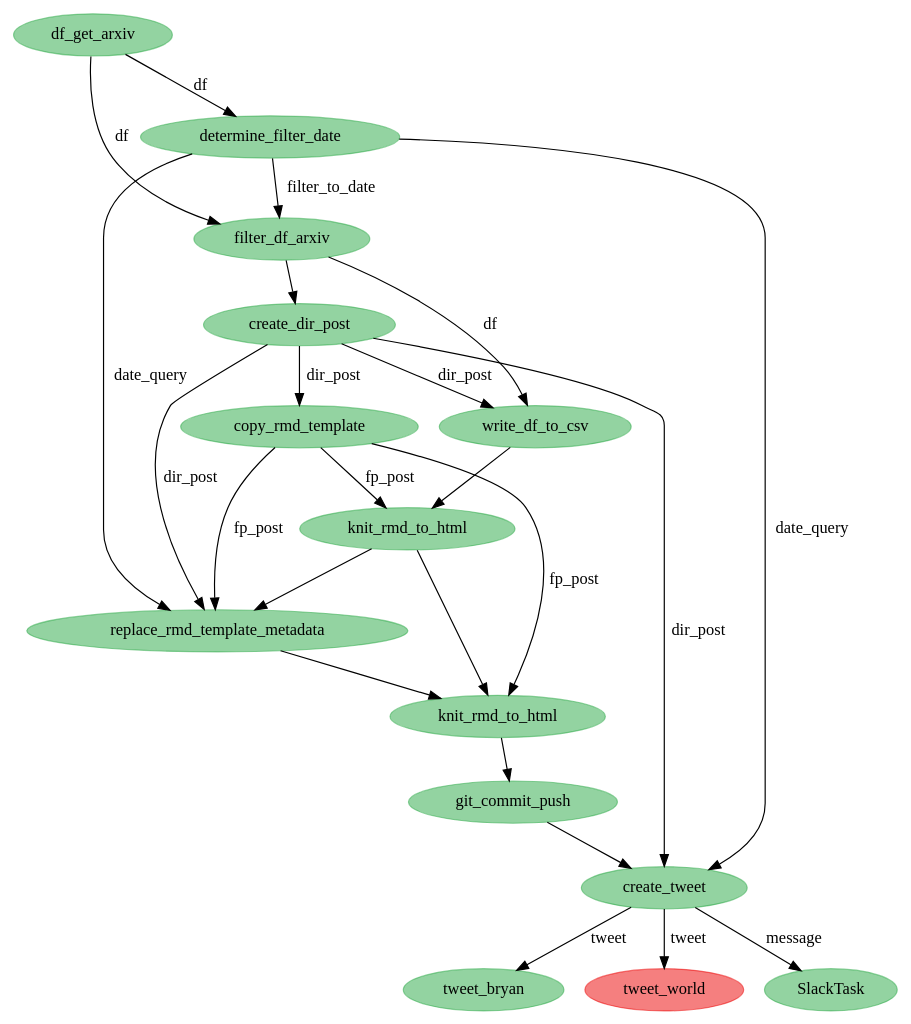
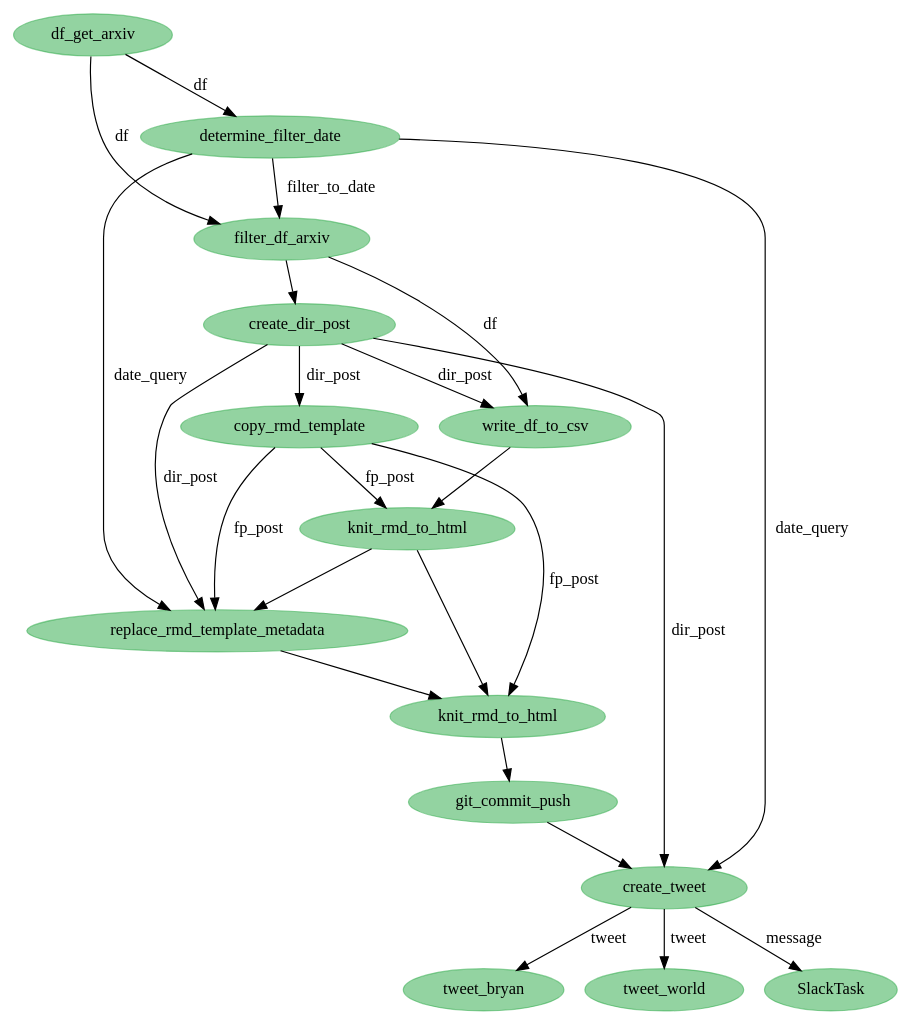
One commit to bryanwhiting/ds-arxiv changed the diagram in python/state-viz.dot. Above: the diagram before and after it, drawn with Graphviz. The commit also changed 7 other files, not shown here.

```diff
--- a/python/state-viz.dot
+++ b/python/state-viz.dot
@@ -1,39 +1,39 @@
 digraph {
-	4738676432 [label=tweet_bryan color="#28a74580" colorscheme=svg shape=ellipse style=filled]
-	4738675536 [label=create_tweet color="#28a74580" colorscheme=svg shape=ellipse style=filled]
-	4738676688 [label=tweet_world color="#eb000080" colorscheme=svg shape=ellipse style=filled]
-	4738595920 [label=df_get_arxiv color="#28a74580" colorscheme=svg shape=ellipse style=filled]
-	4738596496 [label=create_dir_post color="#28a74580" colorscheme=svg shape=ellipse style=filled]
-	4738595664 [label=filter_df_arxiv color="#28a74580" colorscheme=svg shape=ellipse style=filled]
-	4738595472 [label=determine_filter_date color="#28a74580" colorscheme=svg shape=ellipse style=filled]
-	4738654416 [label=write_df_to_csv color="#28a74580" colorscheme=svg shape=ellipse style=filled]
-	4738655376 [label=copy_rmd_template color="#28a74580" colorscheme=svg shape=ellipse style=filled]
-	4738655632 [label=knit_rmd_to_html color="#28a74580" colorscheme=svg shape=ellipse style=filled]
-	4738656336 [label=replace_rmd_template_metadata color="#28a74580" colorscheme=svg shape=ellipse style=filled]
-	4738657552 [label=knit_rmd_to_html color="#28a74580" colorscheme=svg shape=ellipse style=filled]
-	4738674896 [label=git_commit_push color="#28a74580" colorscheme=svg shape=ellipse style=filled]
-	4738677072 [label=SlackTask color="#28a74580" colorscheme=svg shape=ellipse style=filled]
-	4738595920 -> 4738595472 [label=df]
-	4738655376 -> 4738656336 [label=fp_post]
-	4738596496 -> 4738655376 [label=dir_post]
-	4738675536 -> 4738677072 [label=message]
-	4738595664 -> 4738596496
-	4738595472 -> 4738675536 [label=date_query]
-	4738654416 -> 4738655632
-	4738595472 -> 4738656336 [label=date_query]
-	4738655632 -> 4738656336
-	4738656336 -> 4738657552
-	4738657552 -> 4738674896
-	4738675536 -> 4738676432 [label=tweet]
-	4738675536 -> 4738676688 [label=tweet]
-	4738595920 -> 4738595664 [label=df]
-	4738595664 -> 4738654416 [label=df]
-	4738655376 -> 4738655632 [label=fp_post]
-	4738655376 -> 4738657552 [label=fp_post]
-	4738595472 -> 4738595664 [label=filter_to_date]
-	4738596496 -> 4738654416 [label=dir_post]
-	4738596496 -> 4738656336 [label=dir_post]
-	4738596496 -> 4738675536 [label=dir_post]
-	4738655632 -> 4738657552
-	4738674896 -> 4738675536
+	4580325072 [label=tweet_bryan color="#28a74580" colorscheme=svg shape=ellipse style=filled]
+	4580324176 [label=create_tweet color="#28a74580" colorscheme=svg shape=ellipse style=filled]
+	4580325328 [label=tweet_world color="#28a74580" colorscheme=svg shape=ellipse style=filled]
+	4580244560 [label=df_get_arxiv color="#28a74580" colorscheme=svg shape=ellipse style=filled]
+	4580245136 [label=create_dir_post color="#28a74580" colorscheme=svg shape=ellipse style=filled]
+	4580244304 [label=filter_df_arxiv color="#28a74580" colorscheme=svg shape=ellipse style=filled]
+	4580244112 [label=determine_filter_date color="#28a74580" colorscheme=svg shape=ellipse style=filled]
+	4580303056 [label=write_df_to_csv color="#28a74580" colorscheme=svg shape=ellipse style=filled]
+	4580304016 [label=copy_rmd_template color="#28a74580" colorscheme=svg shape=ellipse style=filled]
+	4580304272 [label=knit_rmd_to_html color="#28a74580" colorscheme=svg shape=ellipse style=filled]
+	4580304976 [label=replace_rmd_template_metadata color="#28a74580" colorscheme=svg shape=ellipse style=filled]
+	4580306192 [label=knit_rmd_to_html color="#28a74580" colorscheme=svg shape=ellipse style=filled]
+	4580323536 [label=git_commit_push color="#28a74580" colorscheme=svg shape=ellipse style=filled]
+	4580325712 [label=SlackTask color="#28a74580" colorscheme=svg shape=ellipse style=filled]
+	4580304016 -> 4580304272 [label=fp_post]
+	4580304016 -> 4580306192 [label=fp_post]
+	4580245136 -> 4580303056 [label=dir_post]
+	4580245136 -> 4580304976 [label=dir_post]
+	4580245136 -> 4580324176 [label=dir_post]
+	4580324176 -> 4580325712 [label=message]
+	4580244112 -> 4580244304 [label=filter_to_date]
+	4580244304 -> 4580245136
+	4580244560 -> 4580244112 [label=df]
+	4580303056 -> 4580304272
+	4580304272 -> 4580304976
+	4580304976 -> 4580306192
+	4580306192 -> 4580323536
+	4580244112 -> 4580304976 [label=date_query]
+	4580304016 -> 4580304976 [label=fp_post]
+	4580244112 -> 4580324176 [label=date_query]
+	4580245136 -> 4580304016 [label=dir_post]
+	4580324176 -> 4580325072 [label=tweet]
+	4580324176 -> 4580325328 [label=tweet]
+	4580304272 -> 4580306192
+	4580244304 -> 4580303056 [label=df]
+	4580244560 -> 4580244304 [label=df]
+	4580323536 -> 4580324176
 }
```
